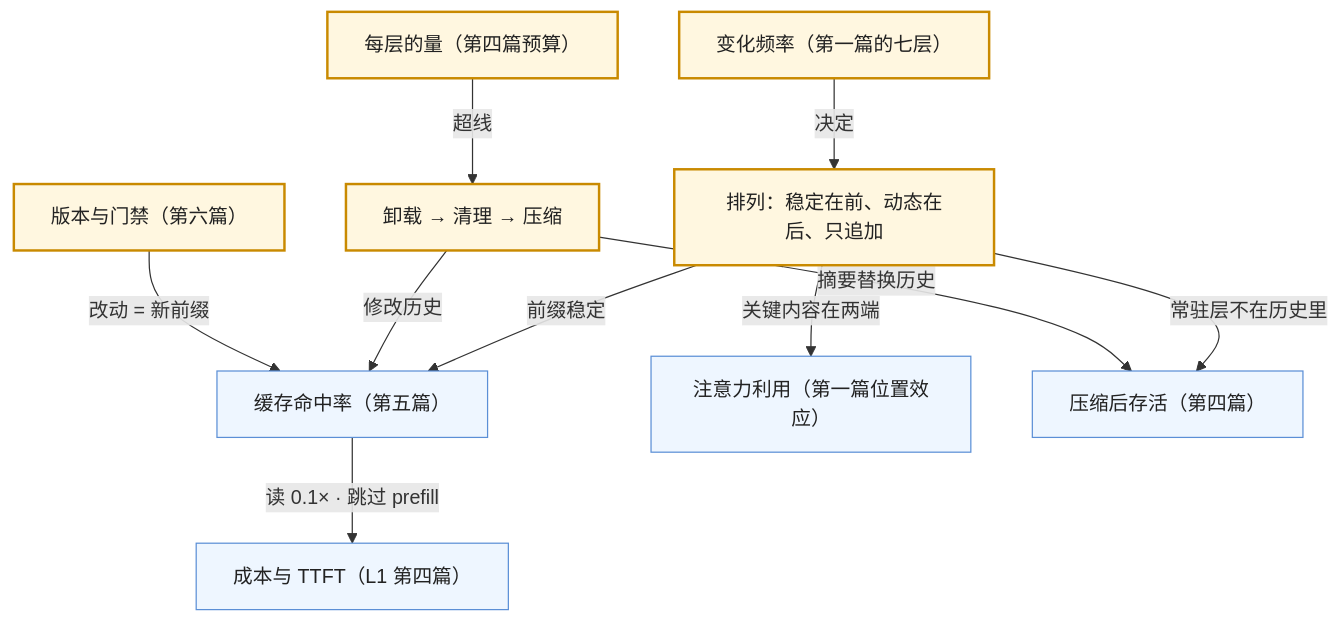
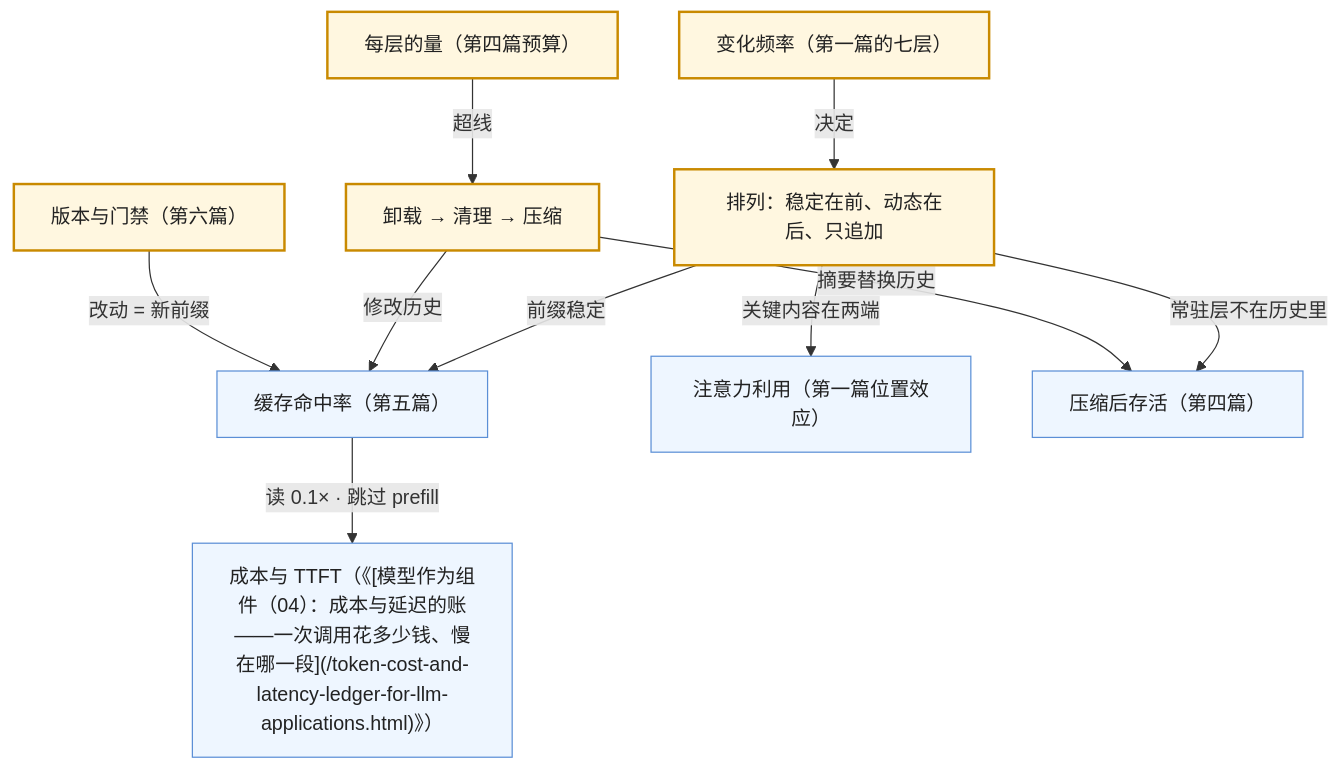
The third of 4 diagrams in _posts/2026-10-11-context-engineering-series-recap-and-self-test.md (arganzheng/arganzheng.github.com), drawn with Mermaid before and after one commit. The commit also changed other lines of this file and 128 other files, not shown here.

Commit message:
（01）预训练端到端：MPS 定义、Common Crawl 配比列表、六章改名「定长的训练样本」补切碎文档的说明与打包示意图、自测竖线转义（#245）；全站 L 层简写引用换成《系列名》链接（#244）

````diff
--- a/_posts/2026-10-11-context-engineering-series-recap-and-self-test.md
+++ b/_posts/2026-10-11-context-engineering-series-recap-and-self-test.md
@@ -144,18 +144,18 @@
 ```mermaid
 %% 图：顺序即成本：变化频率决定排列，排列同时决定缓存命中率、注意力利用与压缩后存活，最后落到成本与 TTFT
 flowchart TB
     FREQ["变化频率（第一篇的七层）"] -->|"决定"| LAYOUT["排列：稳定在前、动态在后、只追加"]
     LAYOUT -->|"前缀稳定"| HIT["缓存命中率（第五篇）"]
     LAYOUT -->|"关键内容在两端"| ATT["注意力利用（第一篇位置效应）"]
     LAYOUT -->|"常驻层不在历史里"| SURV["压缩后存活（第四篇）"]
-    HIT -->|"读 0.1× · 跳过 prefill"| COST["成本与 TTFT（L1 第四篇）"]
+    HIT -->|"读 0.1× · 跳过 prefill"| COST["成本与 TTFT（《[模型作为组件（04）：成本与延迟的账——一次调用花多少钱、慢在哪一段](/token-cost-and-latency-ledger-for-llm-applications.html)》）"]
     SIZE["每层的量（第四篇预算）"] -->|"超线"| PROC["卸载 → 清理 → 压缩"]
     PROC -->|"修改历史"| HIT
     PROC -->|"摘要替换历史"| SURV
     VER["版本与门禁（第六篇）"] -->|"改动 = 新前缀"| HIT
 
     classDef q fill:#fff7e0,stroke:#c98a00,stroke-width:2px,color:#222
     classDef r fill:#eef6ff,stroke:#5b8fd6,color:#222
     class FREQ,SIZE,VER,LAYOUT,PROC q
     class HIT,ATT,SURV,COST r
 ```
````
